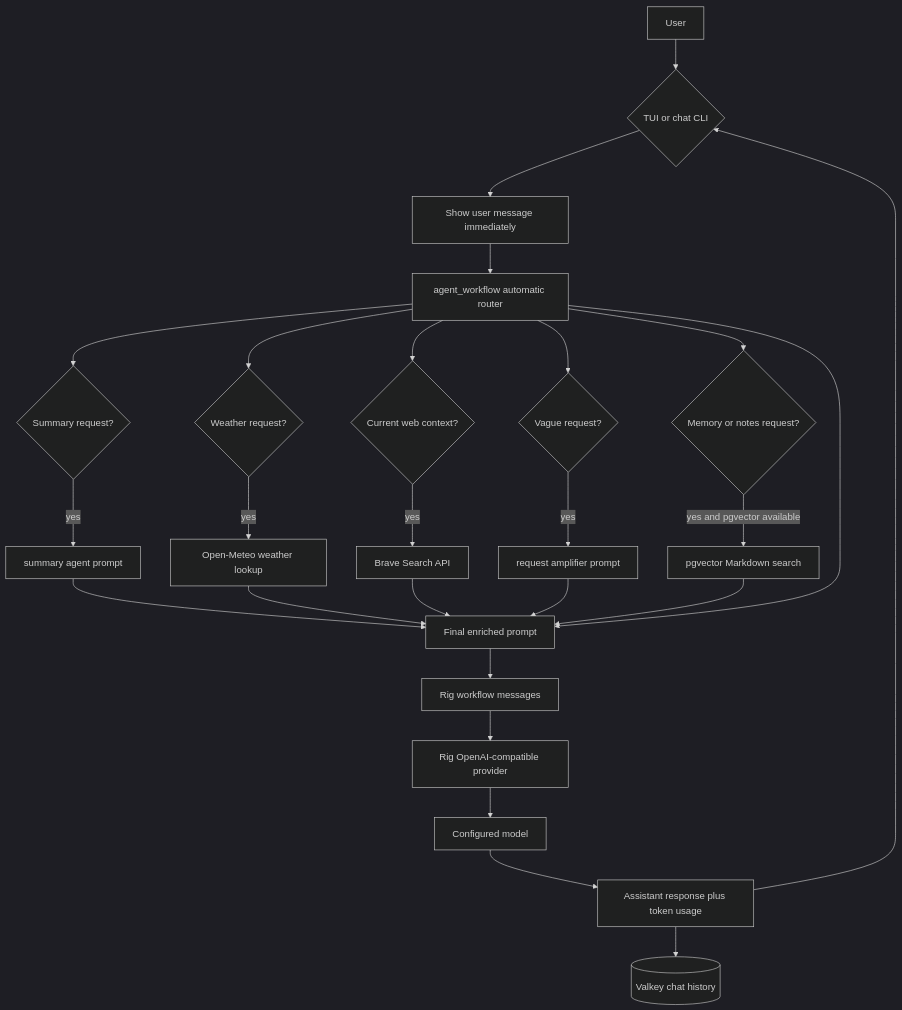
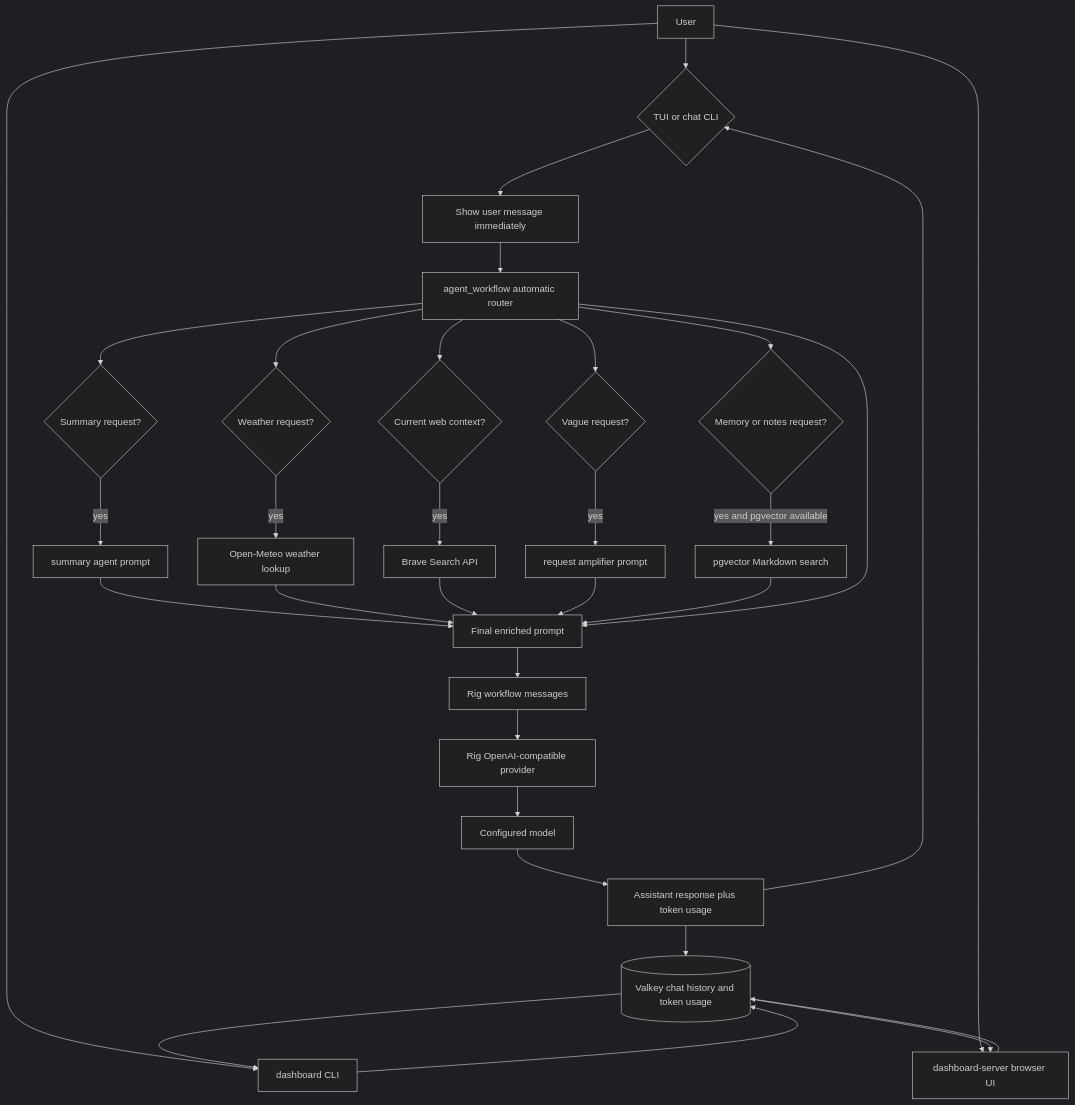
Before and after one commit to espseongsm/agent-short-long-term-memory: the first of 4 diagrams in README.md, drawn with Mermaid (dark theme). The commit also changed other lines of this file and 33 other files, not shown here.

Commit message:
Add grouped token usage dashboard

````diff
--- a/README.md
+++ b/README.md
@@ -62,32 +70,38 @@
 ```mermaid
 flowchart TD
     User[User] --> Interface{TUI or chat CLI}
+    User --> DashboardCli[dashboard CLI]
+    User --> DashboardWeb[dashboard-server browser UI]
     Interface --> LocalEcho[Show user message immediately]
     LocalEcho --> Router[agent_workflow automatic router]
 
     Router --> Summary{Summary request?}
     Router --> Weather{Weather request?}
     Router --> Web{Current web context?}
     Router --> Amplifier{Vague request?}
     Router --> Ltm{Memory or notes request?}
 
     Summary -->|yes| SummaryAgent[summary agent prompt]
     Weather -->|yes| WeatherLookup[Open-Meteo weather lookup]
     Web -->|yes| Brave[Brave Search API]
     Amplifier -->|yes| AmplifierAgent[request amplifier prompt]
     Ltm -->|yes and pgvector available| PgSearch[pgvector Markdown search]
 
     SummaryAgent --> Prompt[Final enriched prompt]
     WeatherLookup --> Prompt
     Brave --> Prompt
     AmplifierAgent --> Prompt
     PgSearch --> Prompt
     Router --> Prompt
 
     Prompt --> RigMessages[Rig workflow messages]
     RigMessages --> Provider[Rig OpenAI-compatible provider]
     Provider --> Model[Configured model]
     Model --> Assistant[Assistant response plus token usage]
-    Assistant --> Valkey[(Valkey chat history)]
+    Assistant --> Valkey[(Valkey chat history and token usage)]
     Assistant --> Interface
+    DashboardCli --> Valkey
+    Valkey --> DashboardCli
+    DashboardWeb --> Valkey
+    Valkey --> DashboardWeb
 ```
````
